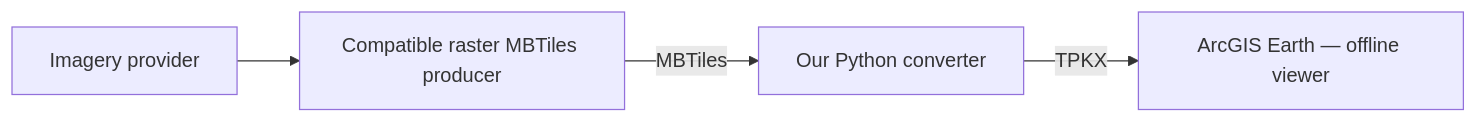
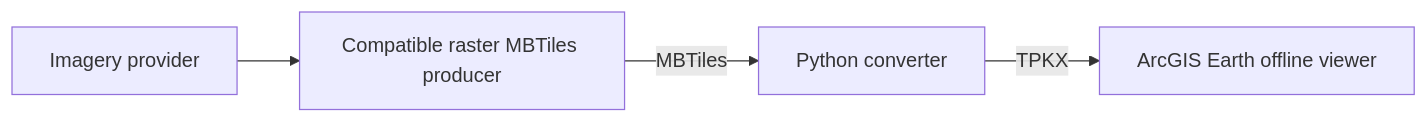
Before and after one commit to Jim-dc95811/QGIS-Mbtile-to-ArcGIS-Earth-TPKX: the diagram in DEMO.md, drawn with Mermaid. The commit also changed other lines of this file and 12 other files, not shown here.

````diff
--- a/DEMO.md
+++ b/DEMO.md
@@ -29,6 +96,6 @@
 ```mermaid
 flowchart LR
   A[Imagery provider] --> B[Compatible raster MBTiles producer]
-  B -->|MBTiles| C[Our Python converter]
-  C -->|TPKX| D[ArcGIS Earth — offline viewer]
+  B -->|MBTiles| C[Python converter]
+  C -->|TPKX| D[ArcGIS Earth offline viewer]
 ```
````
